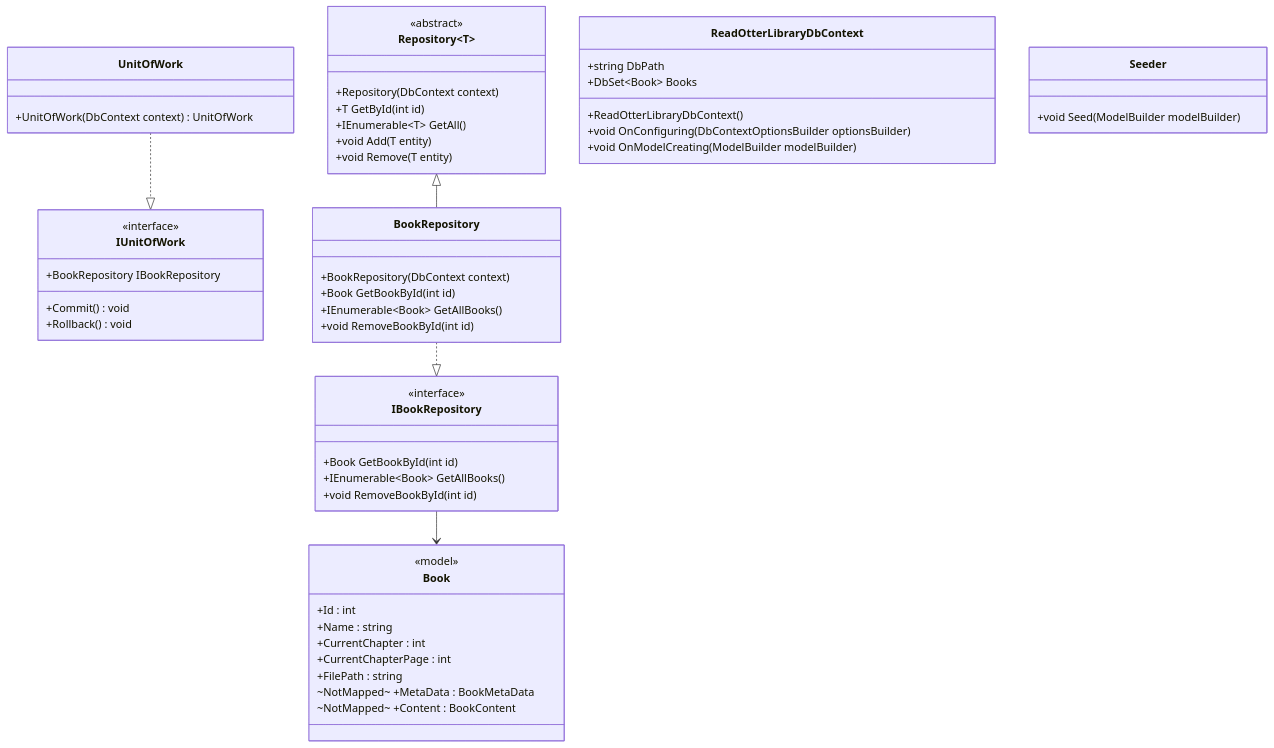
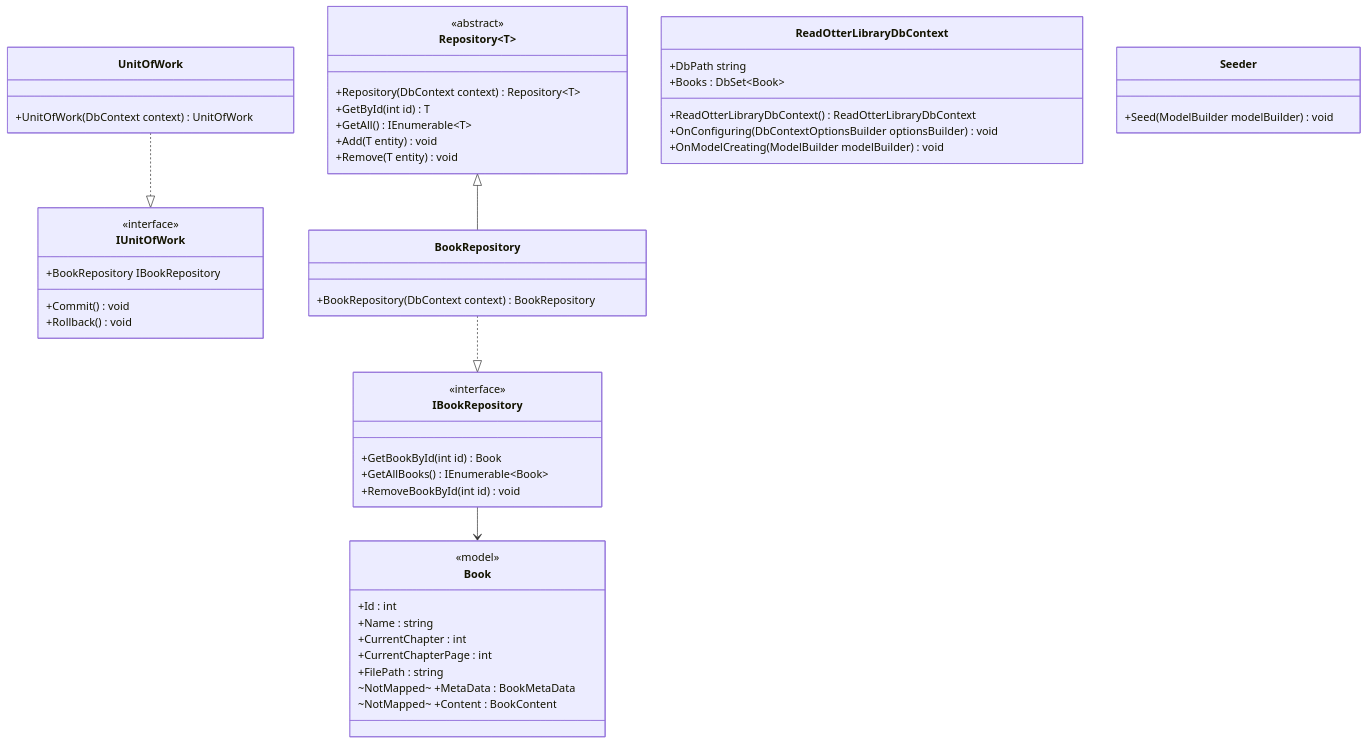
Before and after one commit to JulianKirk/ReadOtter: the second of 2 diagrams in README.md, drawn with Mermaid.

Commit message:
fixed up db diagram

````diff
--- a/README.md
+++ b/README.md
@@ -94,65 +94,62 @@
 ```mermaid
 classDiagram
 
 class IUnitOfWork {
     <<interface>>
     +Commit() void 
     +Rollback() void 
     +BookRepository IBookRepository 
 }
 
 class UnitOfWork {
     +UnitOfWork(DbContext context) UnitOfWork
 }
 
 class IBookRepository {
     <<interface>>
-    +Book GetBookById(int id)
-    +IEnumerable~Book~ GetAllBooks()
-    +void RemoveBookById(int id)
+    +GetBookById(int id) Book 
+    +GetAllBooks() IEnumerable~Book~ 
+    +RemoveBookById(int id) void 
 }
 
 class BookRepository {
-    +BookRepository(DbContext context)
-    +Book GetBookById(int id)
-    +IEnumerable~Book~ GetAllBooks()
-    +void RemoveBookById(int id)
+    +BookRepository(DbContext context) BookRepository
 }
 
 class Repository~T~ {
     <<abstract>>
-    +Repository(DbContext context)
-    +T GetById(int id)
-    +IEnumerable~T~ GetAll()
-    +void Add(T entity)
-    +void Remove(T entity)
+    +Repository(DbContext context) Repository~T~
+    +GetById(int id) T
+    +GetAll() IEnumerable~T~
+    +Add(T entity) void
+    +Remove(T entity) void
 }
 
 class ReadOtterLibraryDbContext {
-    +string DbPath
-    +DbSet~Book~ Books
-    +ReadOtterLibraryDbContext()
-    +void OnConfiguring(DbContextOptionsBuilder optionsBuilder)
-    +void OnModelCreating(ModelBuilder modelBuilder)
+    +DbPath string
+    +Books : DbSet~Book~
+    +ReadOtterLibraryDbContext() ReadOtterLibraryDbContext
+    +OnConfiguring(DbContextOptionsBuilder optionsBuilder) void
+    +OnModelCreating(ModelBuilder modelBuilder) void
 }
 
 class Seeder {
-    +void Seed(ModelBuilder modelBuilder)
+    +Seed(ModelBuilder modelBuilder) void 
 }
 
 class Book {
     <<model>>
     +Id : int
     +Name : string
     +CurrentChapter : int
     +CurrentChapterPage : int
     +FilePath : string
     ~NotMapped~ +MetaData : BookMetaData
     ~NotMapped~ +Content : BookContent
 }
 
 UnitOfWork ..|> IUnitOfWork
 BookRepository ..|> IBookRepository
 Repository~T~ <|-- BookRepository
 IBookRepository --> Book
 ```
````
